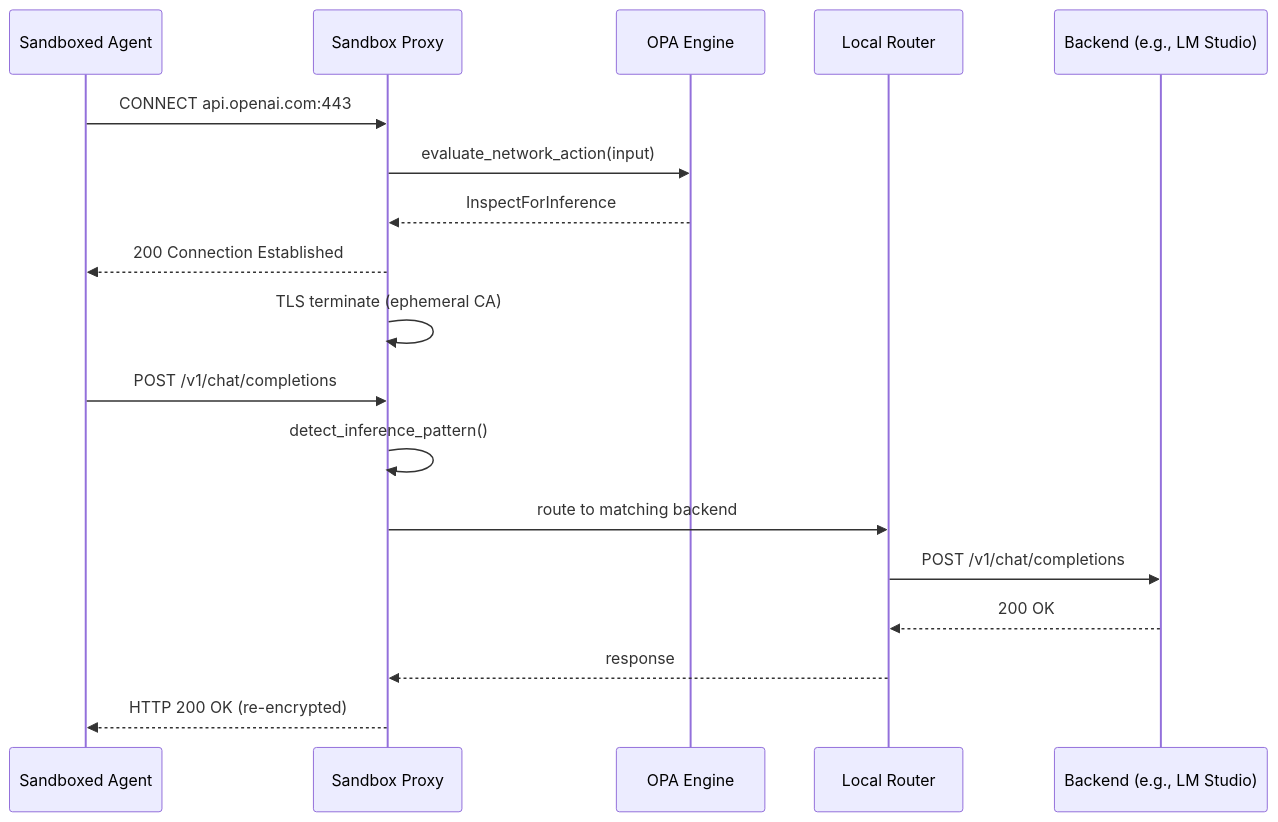
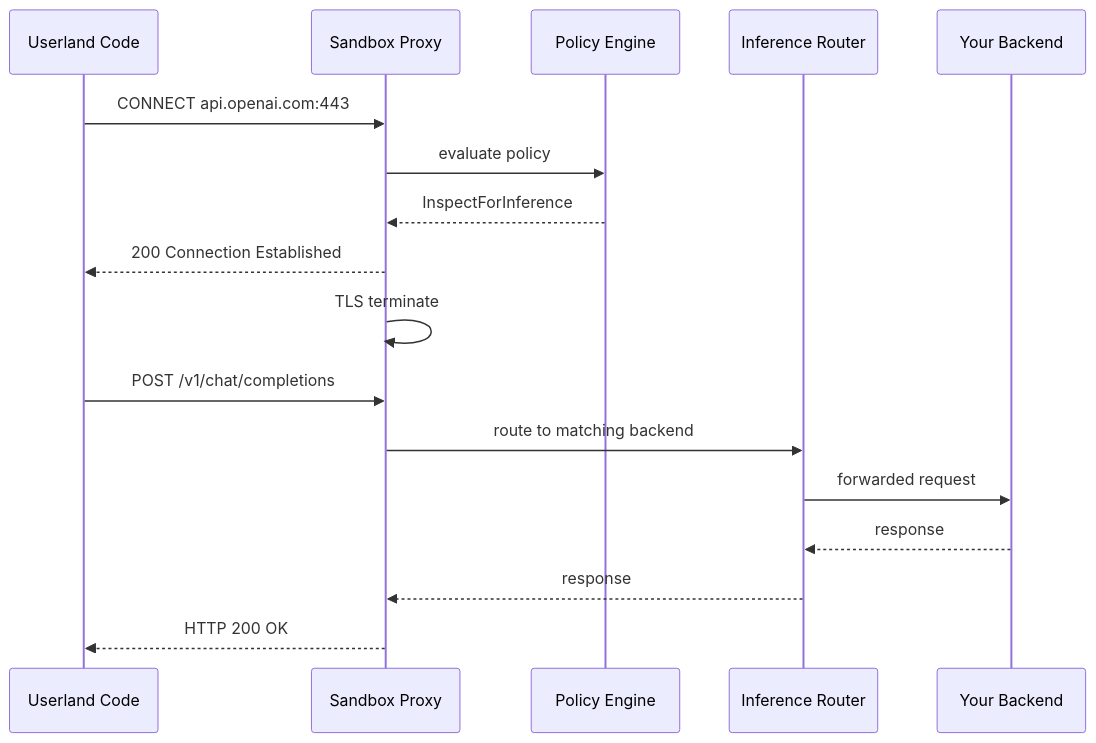
The diagram in docs/inference/index.md (NVIDIA/OpenShell), drawn with Mermaid before and after one commit. The commit also changed other lines of this file and 39 other files, not shown here.

````diff
--- a/docs/inference/index.md
+++ b/docs/inference/index.md
@@ -22,21 +36,20 @@
 ```{mermaid}
 sequenceDiagram
-    participant Agent as Sandboxed Agent
+    participant Code as Userland Code
     participant Proxy as Sandbox Proxy
-    participant OPA as OPA Engine
-    participant Router as Local Router
-    participant Backend as Backend (e.g., LM Studio)
+    participant OPA as Policy Engine
+    participant Router as Inference Router
+    participant Backend as Your Backend
 
-    Agent->>Proxy: CONNECT api.openai.com:443
-    Proxy->>OPA: evaluate_network_action(input)
+    Code->>Proxy: CONNECT api.openai.com:443
+    Proxy->>OPA: evaluate policy
     OPA-->>Proxy: InspectForInference
-    Proxy-->>Agent: 200 Connection Established
-    Proxy->>Proxy: TLS terminate (ephemeral CA)
-    Agent->>Proxy: POST /v1/chat/completions
-    Proxy->>Proxy: detect_inference_pattern()
+    Proxy-->>Code: 200 Connection Established
+    Proxy->>Proxy: TLS terminate
+    Code->>Proxy: POST /v1/chat/completions
     Proxy->>Router: route to matching backend
-    Router->>Backend: POST /v1/chat/completions
-    Backend-->>Router: 200 OK
+    Router->>Backend: forwarded request
+    Backend-->>Router: response
     Router-->>Proxy: response
-    Proxy-->>Agent: HTTP 200 OK (re-encrypted)
+    Proxy-->>Code: HTTP 200 OK
 ```
````
